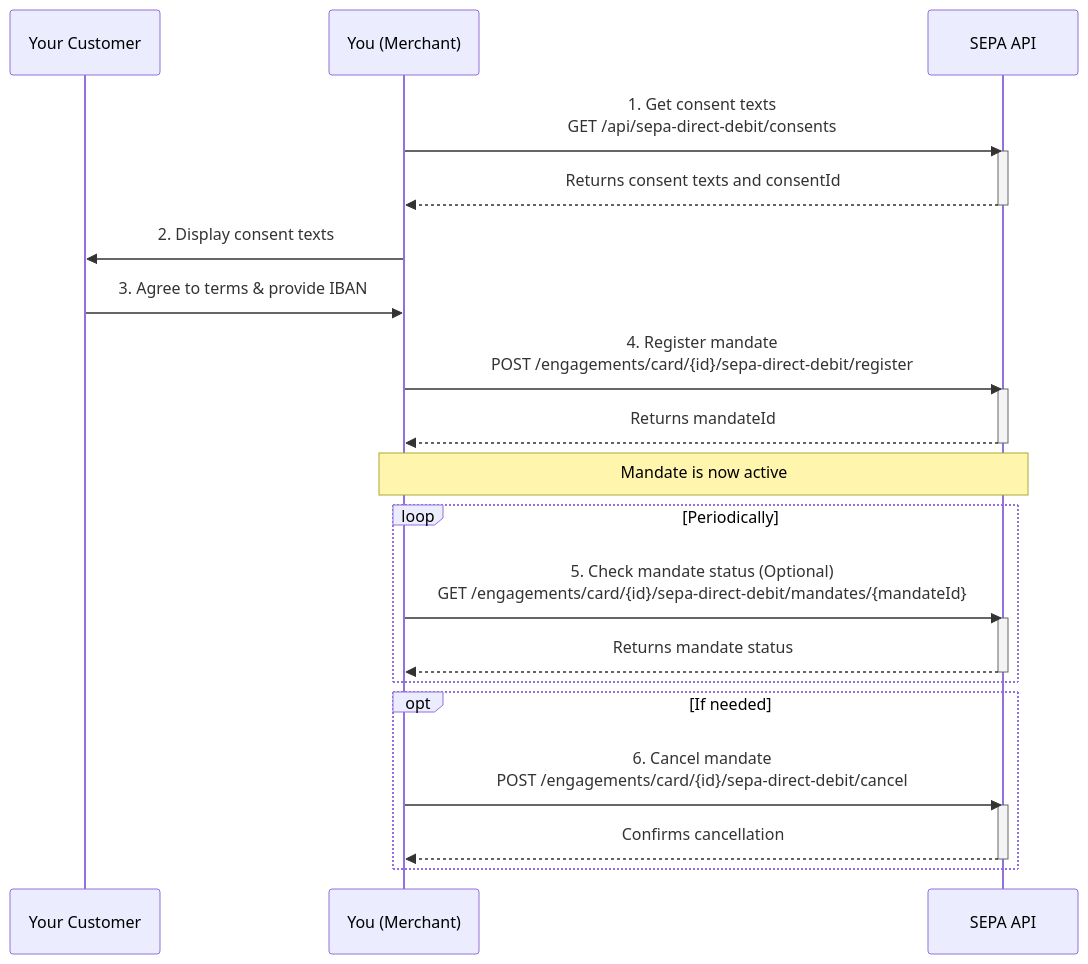
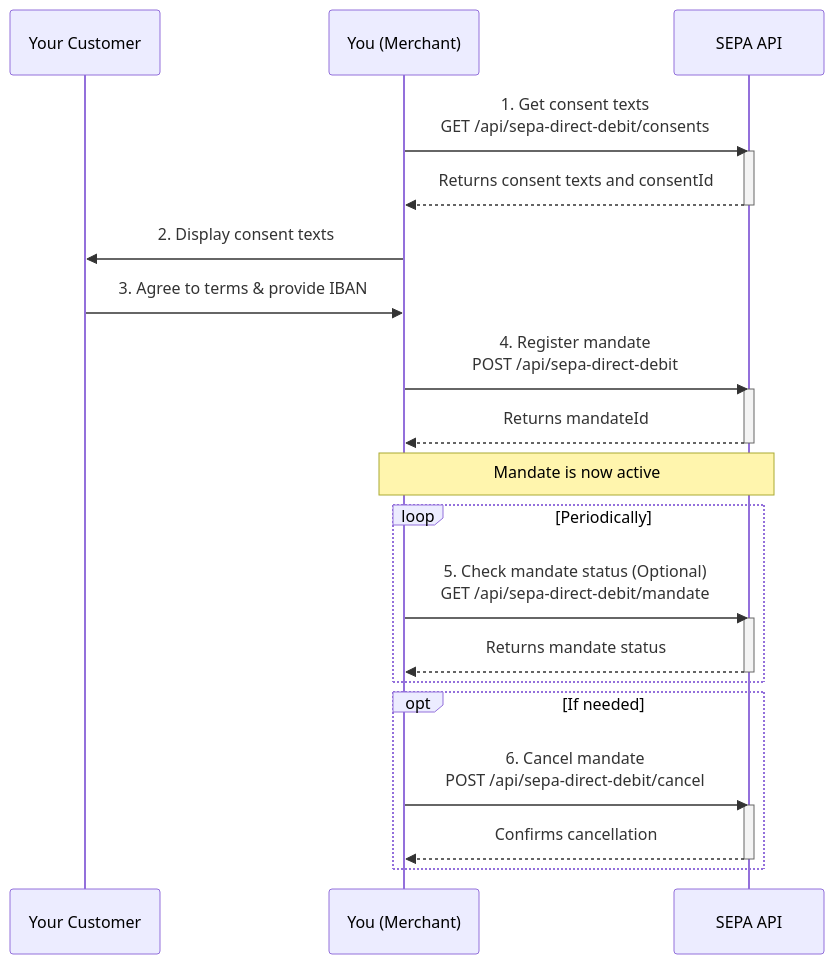
Before and after one commit to truonghoangnordiska/docs: the diagram in sepa/introduction.mdx, drawn with Mermaid. The commit also changed other lines of this file, not shown here.

Commit message:
update sepa docs

````diff
--- a/sepa/introduction.mdx
+++ b/sepa/introduction.mdx
@@ -13,35 +13,35 @@
 ```mermaid
 sequenceDiagram
     participant User as Your Customer
     participant Merchant as You (Merchant)
     participant SepaAPI as SEPA API
 
     Merchant->>SepaAPI: 1. Get consent texts<br/>GET /api/sepa-direct-debit/consents
     activate SepaAPI
     SepaAPI-->>Merchant: Returns consent texts and consentId
     deactivate SepaAPI
 
     Merchant->>User: 2. Display consent texts
     User->>Merchant: 3. Agree to terms & provide IBAN
 
-    Merchant->>SepaAPI: 4. Register mandate<br/>POST /engagements/card/{id}/sepa-direct-debit/register
+    Merchant->>SepaAPI: 4. Register mandate<br/>POST /api/sepa-direct-debit
     activate SepaAPI
     SepaAPI-->>Merchant: Returns mandateId
     deactivate SepaAPI
 
     Note over Merchant,SepaAPI: Mandate is now active
 
     loop Periodically
-        Merchant->>SepaAPI: 5. Check mandate status (Optional)<br/>GET /engagements/card/{id}/sepa-direct-debit/mandates/{mandateId}
+        Merchant->>SepaAPI: 5. Check mandate status (Optional)<br/>GET /api/sepa-direct-debit/mandate
         activate SepaAPI
         SepaAPI-->>Merchant: Returns mandate status
         deactivate SepaAPI
     end
 
     opt If needed
-        Merchant->>SepaAPI: 6. Cancel mandate<br/>POST /engagements/card/{id}/sepa-direct-debit/cancel
+        Merchant->>SepaAPI: 6. Cancel mandate<br/>POST /api/sepa-direct-debit/cancel
         activate SepaAPI
         SepaAPI-->>Merchant: Confirms cancellation
         deactivate SepaAPI
     end
 ```
````
